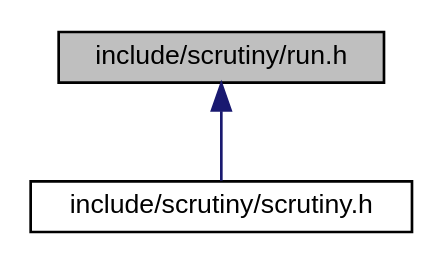
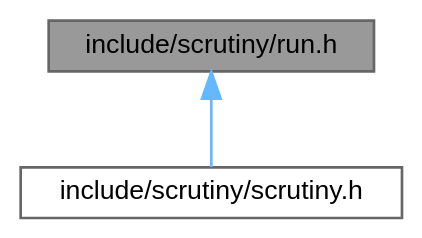
One commit to nickeldan/scrutiny changed the diagram in docs/run_8h__dep__incl.dot. Above: the diagram before and after it, drawn with Graphviz. The commit also changed 103 other files, not shown here.

```diff
--- a/docs/run_8h__dep__incl.dot
+++ b/docs/run_8h__dep__incl.dot
@@ -1,9 +1,10 @@
 digraph "include/scrutiny/run.h"
 {
  // LATEX_PDF_SIZE
-  edge [fontname="Helvetica",fontsize="10",labelfontname="Helvetica",labelfontsize="10"];
-  node [fontname="Helvetica",fontsize="10",shape=record];
-  Node1 [label="include/scrutiny/run.h",height=0.2,width=0.4,color="black", fillcolor="grey75", style="filled", fontcolor="black",tooltip="Defines the runner functionality."];
-  Node1 -> Node2 [dir="back",color="midnightblue",fontsize="10",style="solid",fontname="Helvetica"];
-  Node2 [label="include/scrutiny/scrutiny.h",height=0.2,width=0.4,color="black", fillcolor="white", style="filled",URL="$scrutiny_8h.html",tooltip="Master include file."];
+  bgcolor="transparent";
+  edge [fontname=Helvetica,fontsize=10,labelfontname=Helvetica,labelfontsize=10];
+  node [fontname=Helvetica,fontsize=10,shape=box,height=0.2,width=0.4];
+  Node1 [id="Node000001",label="include/scrutiny/run.h",height=0.2,width=0.4,color="gray40", fillcolor="grey60", style="filled", fontcolor="black",tooltip="Defines the runner functionality."];
+  Node1 -> Node2 [id="edge1_Node000001_Node000002",dir="back",color="steelblue1",style="solid",tooltip=" "];
+  Node2 [id="Node000002",label="include/scrutiny/scrutiny.h",height=0.2,width=0.4,color="grey40", fillcolor="white", style="filled",URL="$scrutiny_8h.html",tooltip="Master include file."];
 }
```
